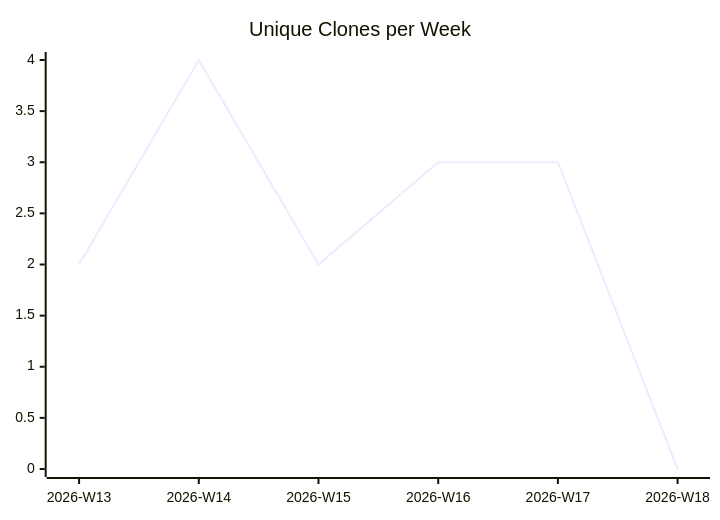
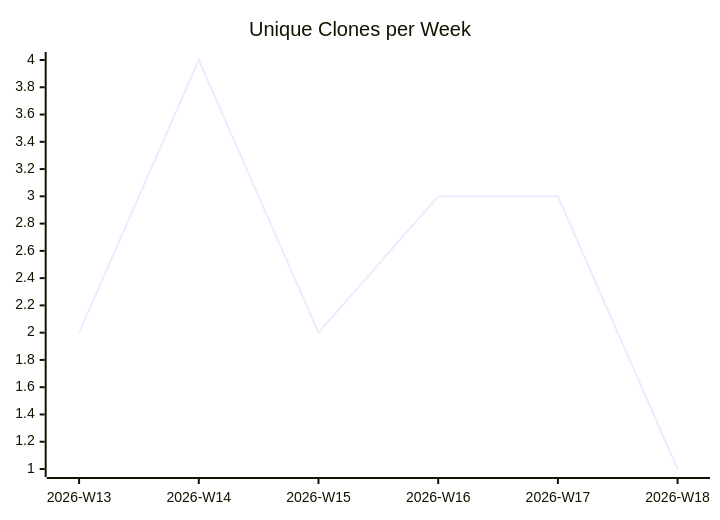
Before and after one commit to justdavis-family/github-analytics-data: the third of 3 diagrams in karlmdavis/workstation-base-ansible-role/README.md, drawn with Mermaid. The commit also changed other lines of this file and 184 other files, not shown here.

````diff
--- a/karlmdavis/workstation-base-ansible-role/README.md
+++ b/karlmdavis/workstation-base-ansible-role/README.md
@@ -19,6 +19,6 @@
 ```mermaid
 xychart-beta
   title "Unique Clones per Week"
   x-axis ["2026-W13", "2026-W14", "2026-W15", "2026-W16", "2026-W17", "2026-W18"]
-  line [2, 4, 2, 3, 3, 0]
+  line [2, 4, 2, 3, 3, 1]
 ```
````
